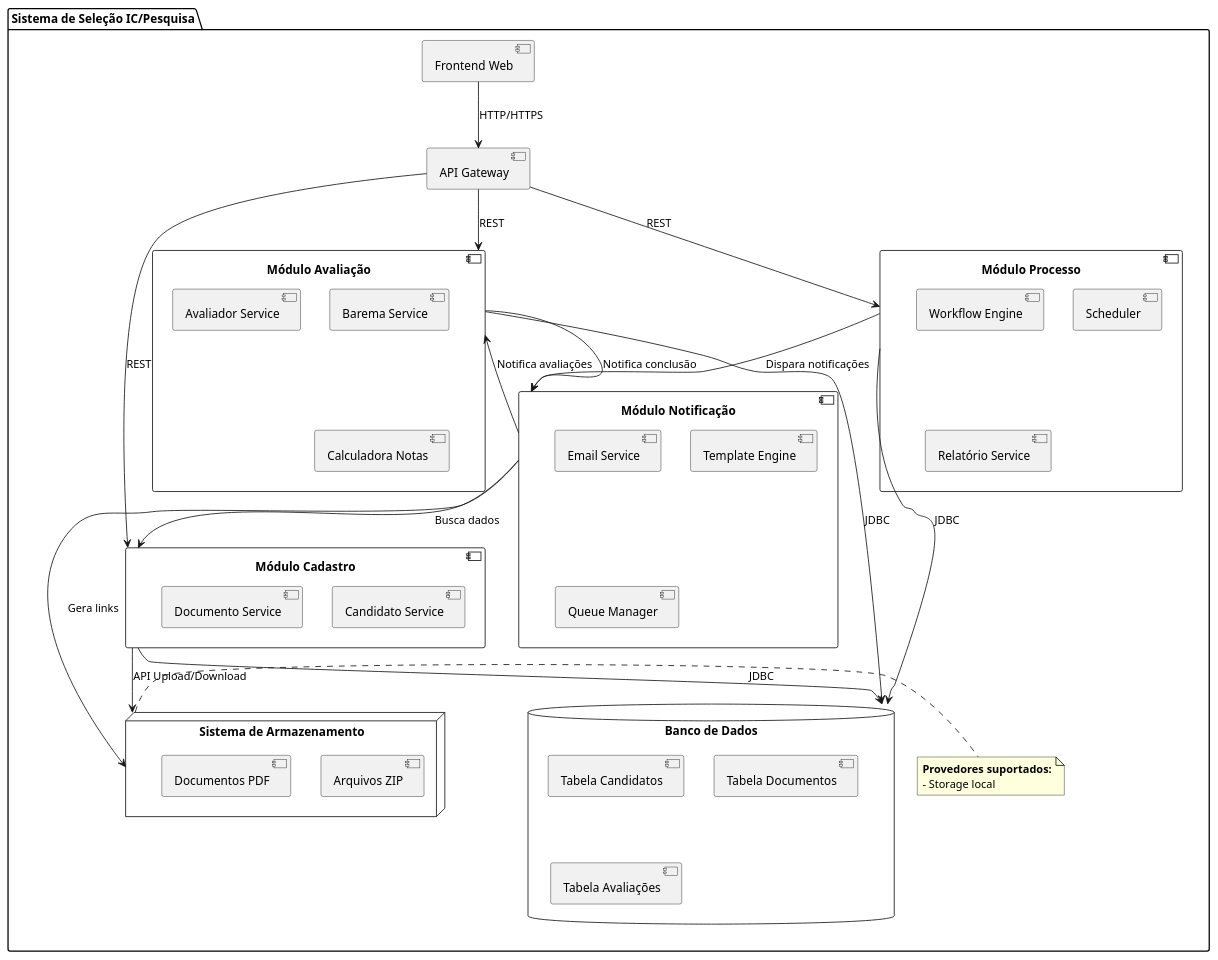
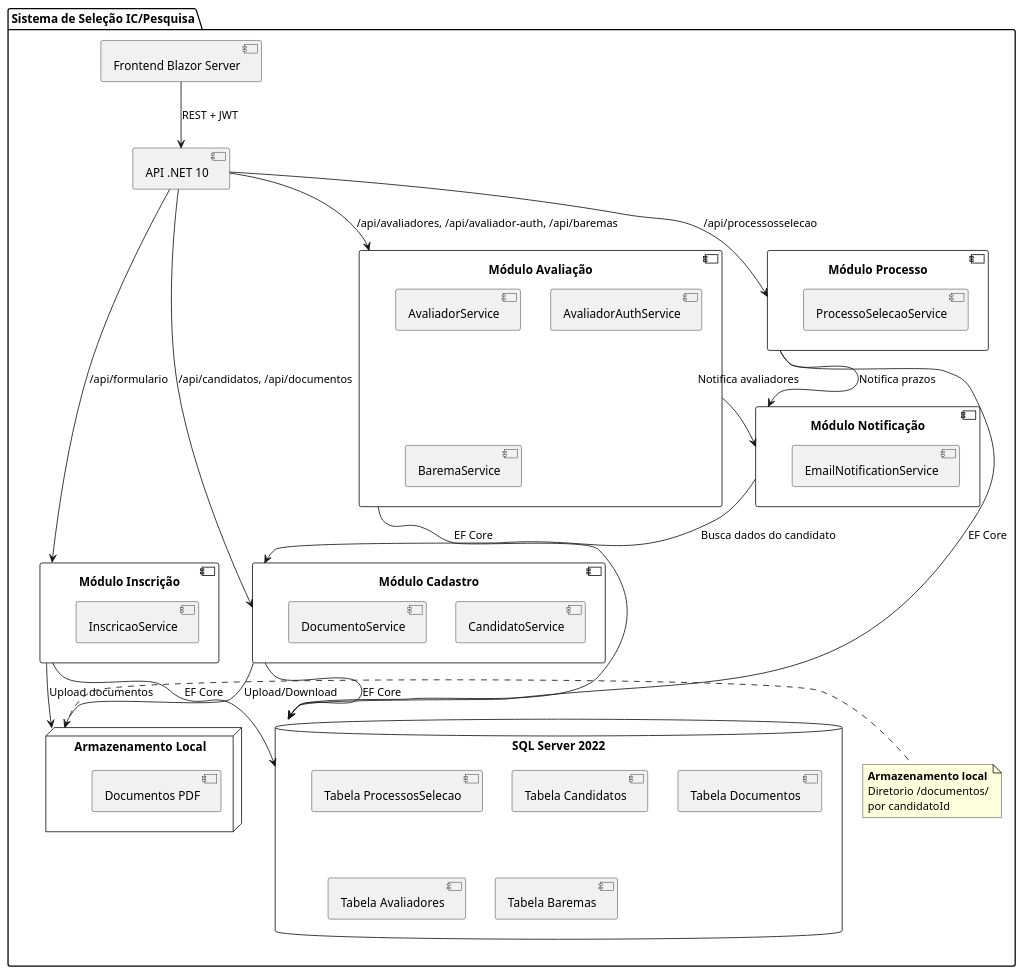
The diagram in diagramas/component-diagram.puml (wiltonsgonc/ProcessoSelecao), drawn with PlantUML before and after one commit. The commit also changed 6 other files, not shown here.

Commit message:
docs: atualizar diagramas PlantUML do projeto

```diff
--- a/diagramas/component-diagram.puml
+++ b/diagramas/component-diagram.puml
@@ -1,66 +1,68 @@
 @startuml ProcessoSelecao
 package "Sistema de Seleção IC/Pesquisa" {
-  
-  [Frontend Web] as Frontend
-  [API Gateway] as Gateway
-  
+
+  [Frontend Blazor Server] as Frontend
+  [API .NET 10] as Api
+
+  component "Módulo Inscrição" as ModInsc {
+    [InscricaoService]
+  }
+
   component "Módulo Cadastro" as ModCad {
-    [Candidato Service]
-    [Documento Service]
+    [CandidatoService]
+    [DocumentoService]
   }
-  
+
   component "Módulo Avaliação" as ModAv {
-    [Avaliador Service]
-    [Barema Service]
-    [Calculadora Notas]
+    [AvaliadorService]
+    [AvaliadorAuthService]
+    [BaremaService]
   }
-  
+
   component "Módulo Processo" as ModProc {
-    [Workflow Engine]
-    [Scheduler]
-    [Relatório Service]
+    [ProcessoSelecaoService]
   }
-  
+
   component "Módulo Notificação" as ModNot {
-    [Email Service]
-    [Template Engine]
-    [Queue Manager]
+    [EmailNotificationService]
   }
-  
-  database "Banco de Dados" as DB {
+
+  database "SQL Server 2022" as DB {
+    [Tabela ProcessosSelecao]
     [Tabela Candidatos]
     [Tabela Documentos]
-    [Tabela Avaliações]
+    [Tabela Avaliadores]
+    [Tabela Baremas]
   }
-  
-  node "Sistema de Armazenamento" as Storage {
-    [Arquivos ZIP]
+
+  node "Armazenamento Local" as Storage {
     [Documentos PDF]
   }
-  
+
   ' Conexões
-  Frontend --> Gateway : HTTP/HTTPS
-  Gateway --> ModCad : REST
-  Gateway --> ModAv : REST
-  Gateway --> ModProc : REST
-  
-  ModCad --> DB : JDBC
-  ModAv --> DB : JDBC
-  ModProc --> DB : JDBC
-  
-  ModCad --> Storage : API Upload/Download
-  
-  ModNot --> Storage : Gera links
-  ModNot --> ModCad : Busca dados
-  ModNot --> ModAv : Notifica avaliações
-  
-  ModProc --> ModNot : Dispara notificações
-  ModAv --> ModNot : Notifica conclusão
-  
+  Frontend --> Api : REST + JWT
+  Api --> ModInsc : /api/formulario
+  Api --> ModCad : /api/candidatos, /api/documentos
+  Api --> ModAv : /api/avaliadores, /api/avaliador-auth, /api/baremas
+  Api --> ModProc : /api/processosselecao
+
+  ModInsc --> DB : EF Core
+  ModCad --> DB : EF Core
+  ModAv --> DB : EF Core
+  ModProc --> DB : EF Core
+
+  ModCad --> Storage : Upload/Download
+  ModInsc --> Storage : Upload documentos
+
+  ModAv --> ModNot : Notifica avaliadores
+  ModProc --> ModNot : Notifica prazos
+  ModNot --> ModCad : Busca dados do candidato
+
   note right of Storage
-    <b>Provedores suportados:</b>
-    - Storage local
+    <b>Armazenamento local</b>
+    Diretorio /documentos/
+    por candidatoId
   end note
 }
 
 @enduml
```
